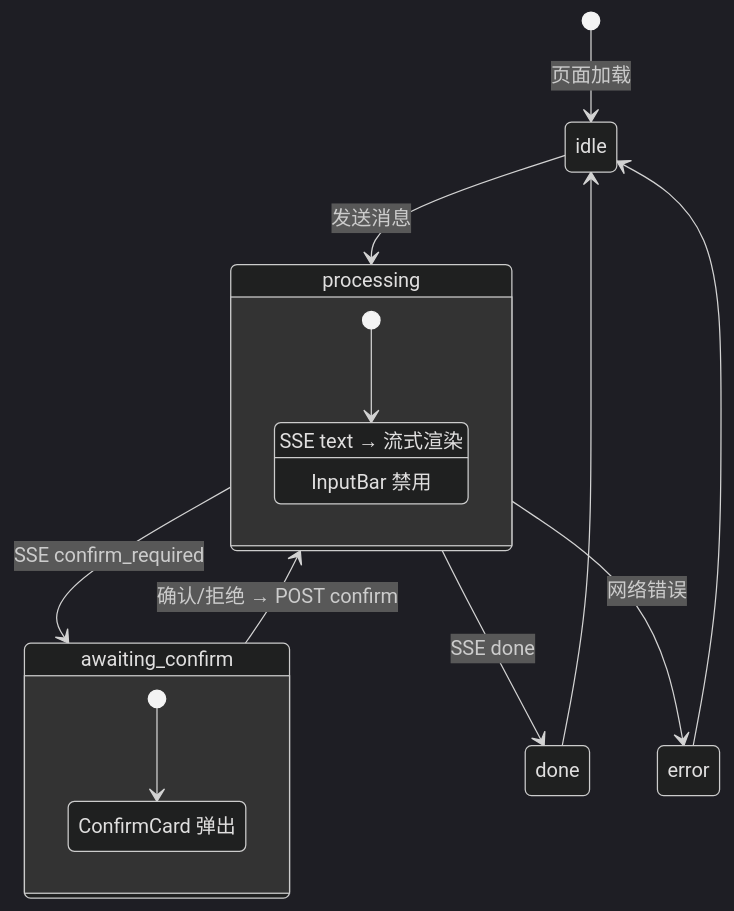
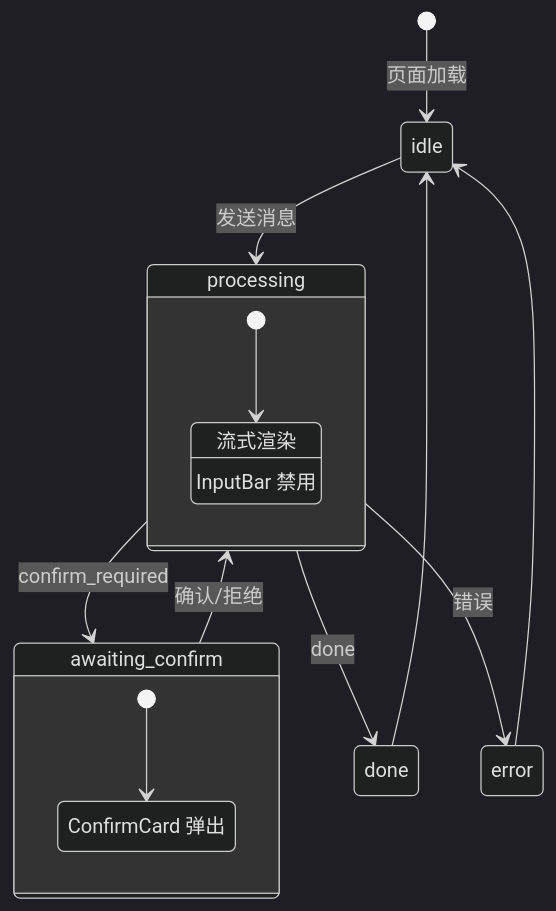
One commit to yjzaaa/leave-approval-agent changed the second of 6 diagrams in src/client/CLAUDE.md. Above: the diagram before and after it, drawn with Mermaid (dark theme). The commit also changed other lines of this file and 8 other files, not shown here.

````diff
--- a/src/client/CLAUDE.md
+++ b/src/client/CLAUDE.md
@@ -36,24 +60,24 @@
 ```mermaid
 stateDiagram-v2
     [*] --> idle : 页面加载
     idle --> processing : 发送消息
 
     state processing {
         [*] --> streaming
-        streaming : SSE text → 流式渲染
+        streaming : 流式渲染
         streaming : InputBar 禁用
     }
 
-    processing --> awaiting_confirm : SSE confirm_required
-    processing --> done : SSE done
-    processing --> error : 网络错误
+    processing --> awaiting_confirm : confirm_required
+    processing --> done : done
+    processing --> error : 错误
 
     state awaiting_confirm {
         [*] --> show_card
         show_card : ConfirmCard 弹出
     }
 
-    awaiting_confirm --> processing : 确认/拒绝 → POST confirm
+    awaiting_confirm --> processing : 确认/拒绝
     done --> idle
     error --> idle
 ```
````
